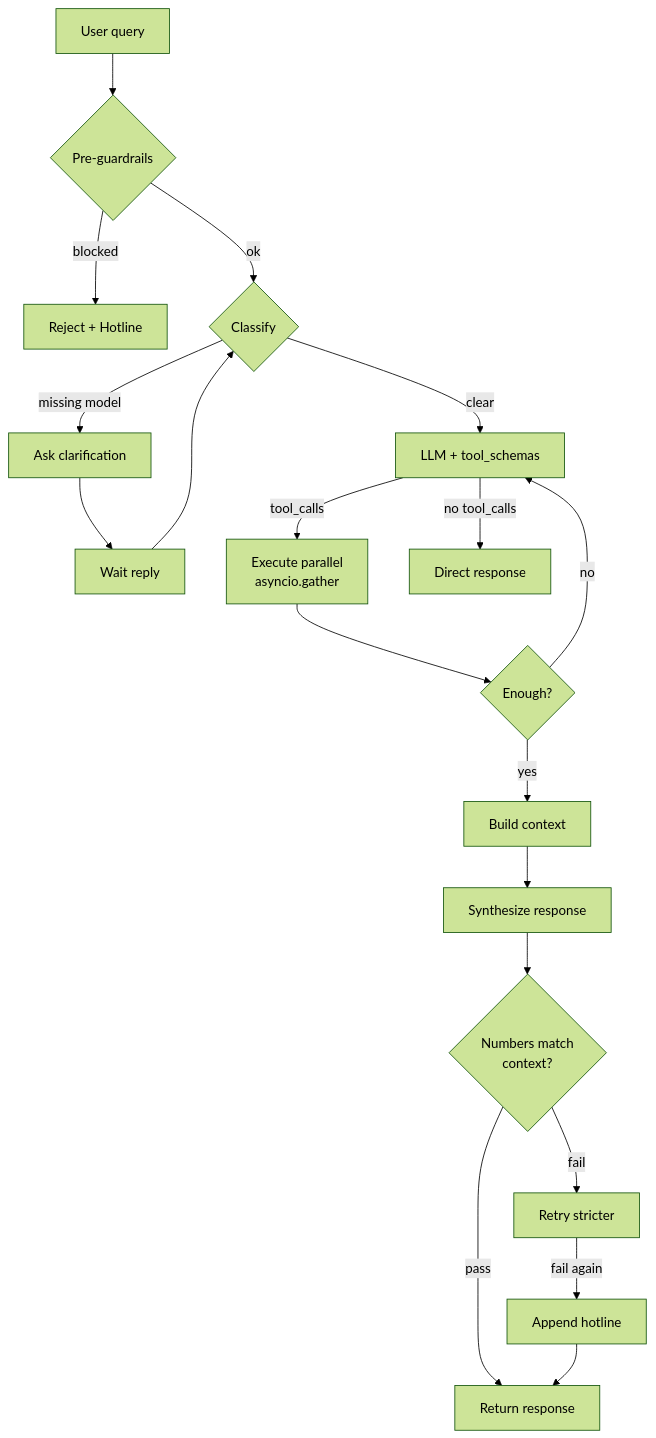
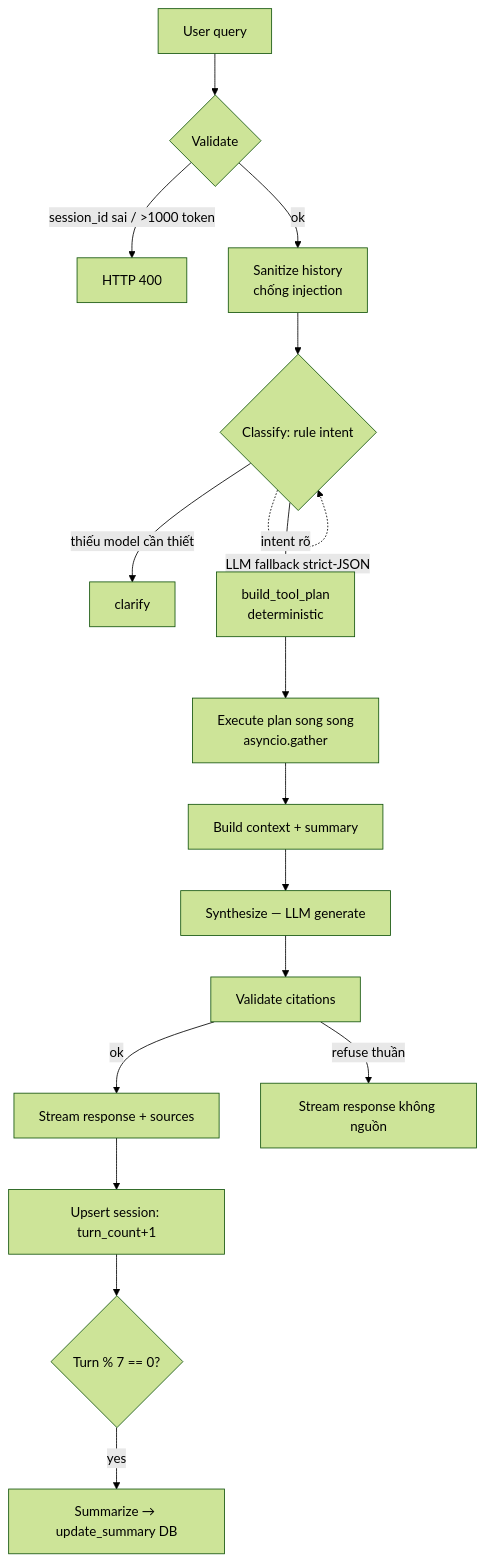
One commit to giangkh1908/Vinfast-RAG changed the fourth of 5 diagrams in docs/architecture.md. Above: the diagram before and after it, drawn with Mermaid (forest theme). The commit also changed other lines of this file and 77 other files, not shown here.

````diff
--- a/docs/architecture.md
+++ b/docs/architecture.md
@@ -125,24 +146,22 @@
 ```mermaid
 flowchart TD
-    Q[User query] --> PRE{Pre-guardrails}
-    PRE -->|blocked| REJECT[Reject + Hotline]
-    PRE -->|ok| CLS{Classify}
+    Q[User query] --> GATE{Validate}
+    GATE -->|session_id sai / >1000 token| REJECT[HTTP 400]
+    GATE -->|ok| SAN[Sanitize history<br/>chống injection]
+    SAN --> CLS{Classify: rule intent}
 
-    CLS -->|missing model| CLARIFY[Ask clarification]
-    CLARIFY --> WAIT[Wait reply] --> CLS
+    CLS -->|thiếu model cần thiết| CLARIFY[clarify]
+    CLS -->|intent rõ| PLAN[build_tool_plan<br/>deterministic]
+    CLS -.LLM fallback strict-JSON.-> CLS
 
-    CLS -->|clear| LLM[LLM + tool_schemas]
-    LLM -->|tool_calls| EXEC[Execute parallel<br/>asyncio.gather]
-    EXEC --> EVAL{Enough?}
-    EVAL -->|no| LLM
-    EVAL -->|yes| CTX[Build context]
+    PLAN --> EXEC[Execute plan song song<br/>asyncio.gather]
+    EXEC --> CTX[Build context + summary]
+    CTX --> SYN[Synthesize — LLM generate]
+    SYN --> VLD[Validate citations]
+    VLD -->|ok| DONE[Stream response + sources]
+    VLD -->|refuse thuần| DONE2[Stream response không nguồn]
 
-    CTX --> SYN[Synthesize response]
-    SYN --> GND{Numbers match<br/>context?}
-    GND -->|fail| STRicter[Retry stricter]
-    STRicter -->|fail again| HOTLINE[Append hotline]
-    GND -->|pass| DONE[Return response]
-    HOTLINE --> DONE
-
-    LLM -->|no tool_calls| DONE2[Direct response]
+    DONE --> MEM[Upsert session: turn_count+1]
+    MEM --> SUM{Turn % 7 == 0?}
+    SUM -->|yes| SUMM[Summarize → update_summary DB]
 ```
````
